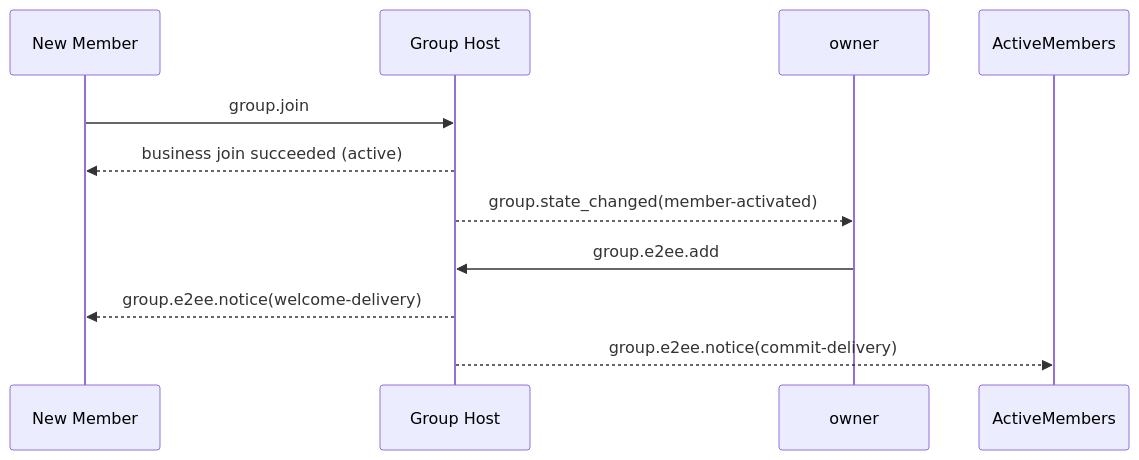
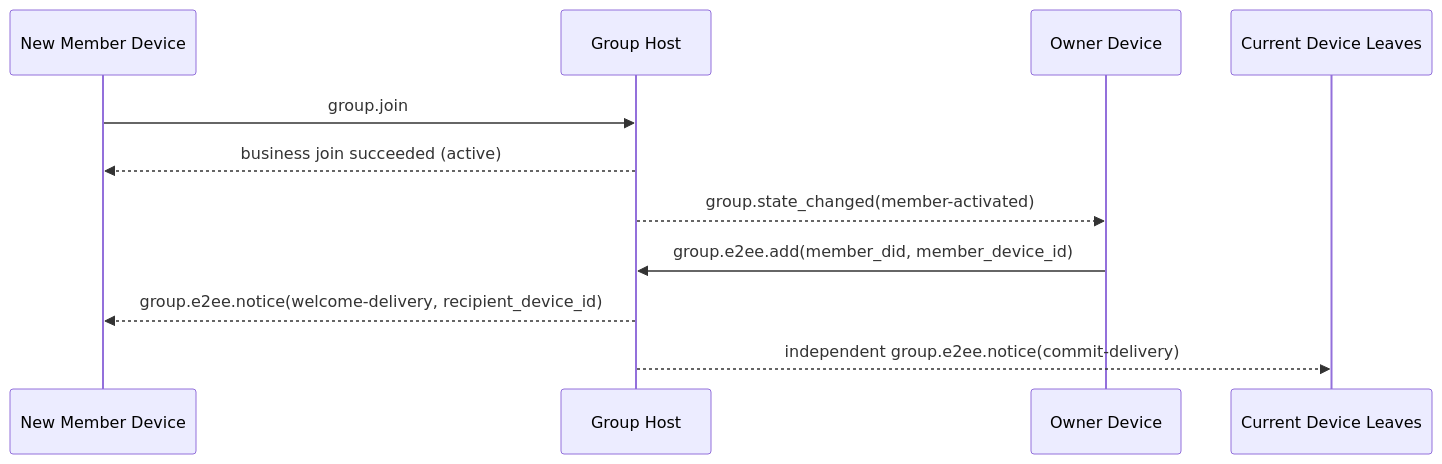
One commit to NeatNerdPrime/AgentNetworkProtocol changed the fifth of 9 diagrams in message/vnext/06-group-end-to-end-encryption.md. Above: the diagram before and after it, drawn with Mermaid. The commit also changed other lines of this file and 31 other files, not shown here.

````diff
--- a/message/vnext/06-group-end-to-end-encryption.md
+++ b/message/vnext/06-group-end-to-end-encryption.md
@@ -1519,13 +1608,14 @@
 ```mermaid
 sequenceDiagram
-    participant B as New Member
+    participant B as New Member Device
     participant H as Group Host
-    participant O as owner
+    participant O as Owner Device
+    participant R as Current Device Leaves
 
     B->>H: group.join
     H-->>B: business join succeeded (active)
     H-->>O: group.state_changed(member-activated)
-    O->>H: group.e2ee.add
-    H-->>B: group.e2ee.notice(welcome-delivery)
-    H-->>ActiveMembers: group.e2ee.notice(commit-delivery)
+    O->>H: group.e2ee.add(member_did, member_device_id)
+    H-->>B: group.e2ee.notice(welcome-delivery, recipient_device_id)
+    H-->>R: independent group.e2ee.notice(commit-delivery)
 ```
````
